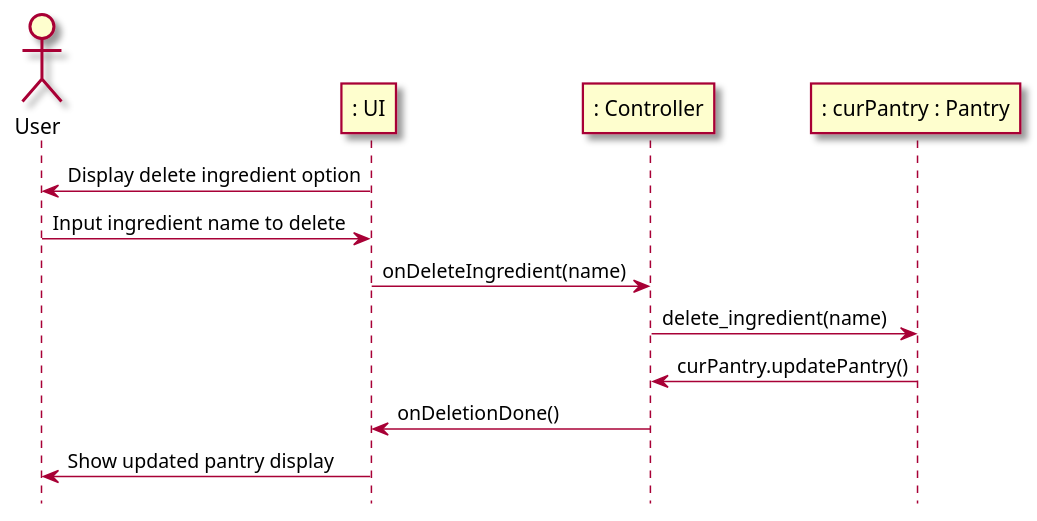
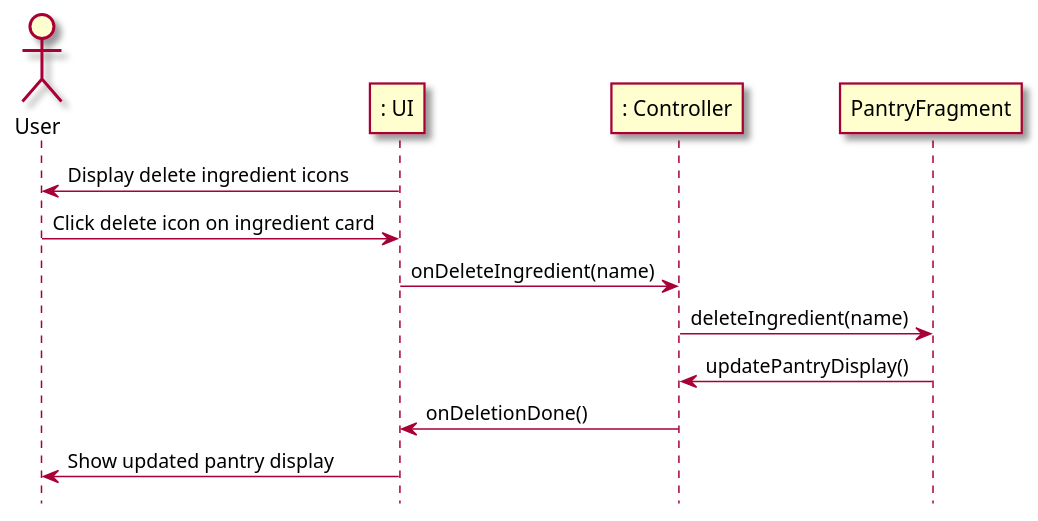
The fifth of 6 diagrams in intellij/doc/use-cases/manage_pantry.md (berthashipper/Pantry-Pal-Android-Application), drawn with PlantUML before and after one commit. The commit also changed other lines of this file, not shown here.

Commit message:
Updated manage_pantry use case to use method call notation

`````diff
--- a/intellij/doc/use-cases/manage_pantry.md
+++ b/intellij/doc/use-cases/manage_pantry.md
@@ -158,22 +136,21 @@
 ```plantuml
 @startuml
 skin rose
 
 hide footbox
 
 actor User as user
 participant ": UI" as ui
 participant ": Controller" as cont
-participant ": curPantry : Pantry" as pantry
 
-ui -> user : Display delete ingredient option
-user -> ui : Input ingredient name to delete
+ui -> user : Display delete ingredient icons
+user -> ui : Click delete icon on ingredient card
 ui -> cont : onDeleteIngredient(name)
-cont -> pantry : delete_ingredient(name)
-pantry -> cont : curPantry.updatePantry()
+cont -> PantryFragment : deleteIngredient(name)
+PantryFragment -> cont : updatePantryDisplay()
 cont -> ui : onDeletionDone()
 ui -> user : Show updated pantry display
 
 @enduml
 
 ````
`````
